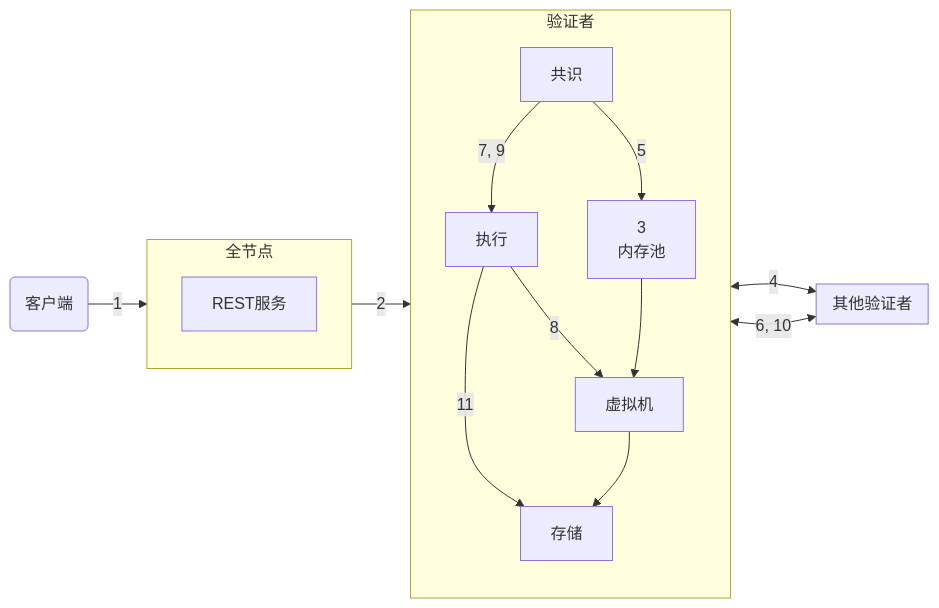
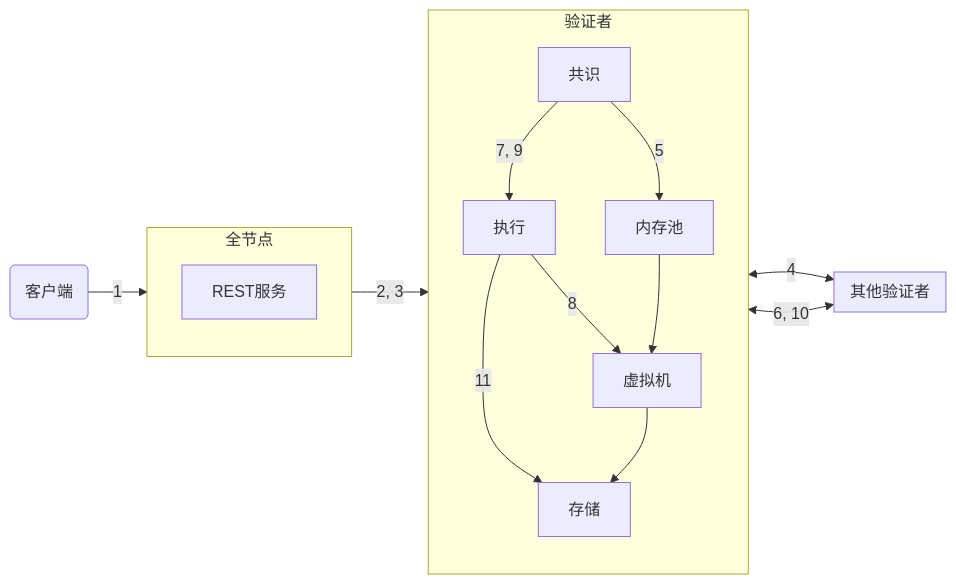
The diagram in src/content/docs/zh/network/blockchain/blockchain-deep-dive.mdx (aptos-labs/aptos-docs), drawn with Mermaid before and after one commit. The commit also changed 6 other files, not shown here.

Commit message:
[mermaid] Fix Mermaid diagrams

````diff
--- a/src/content/docs/zh/network/blockchain/blockchain-deep-dive.mdx
+++ b/src/content/docs/zh/network/blockchain/blockchain-deep-dive.mdx
@@ -26,29 +26,29 @@
 ```mermaid
 graph LR
     subgraph Fullnodes[全节点]
         direction TB
         REST_Service[REST服务]
     end
 
     Client(客户端) -->|1| REST_Service
 
     subgraph Other_Validators[其他验证者]
         direction TB
     end
 
     subgraph Validators[验证者]
         direction TB
-        Mempool[3\n内存池]
+        Mempool[内存池]
         Consensus[共识]
         Consensus -->|7, 9| Execution[执行]
         Execution -->|11| Storage[存储]
         Execution -->|8| Virtual_Machine[虚拟机]
         Mempool --> Virtual_Machine
         Virtual_Machine --> Storage
     end
 
     Other_Validators <-->|6, 10| Consensus
-    REST_Service -->|2| Mempool
+    REST_Service -->|2, 3| Mempool
     Mempool <-->|4| Other_Validators
     Consensus -->|5| Mempool
 ```
````
